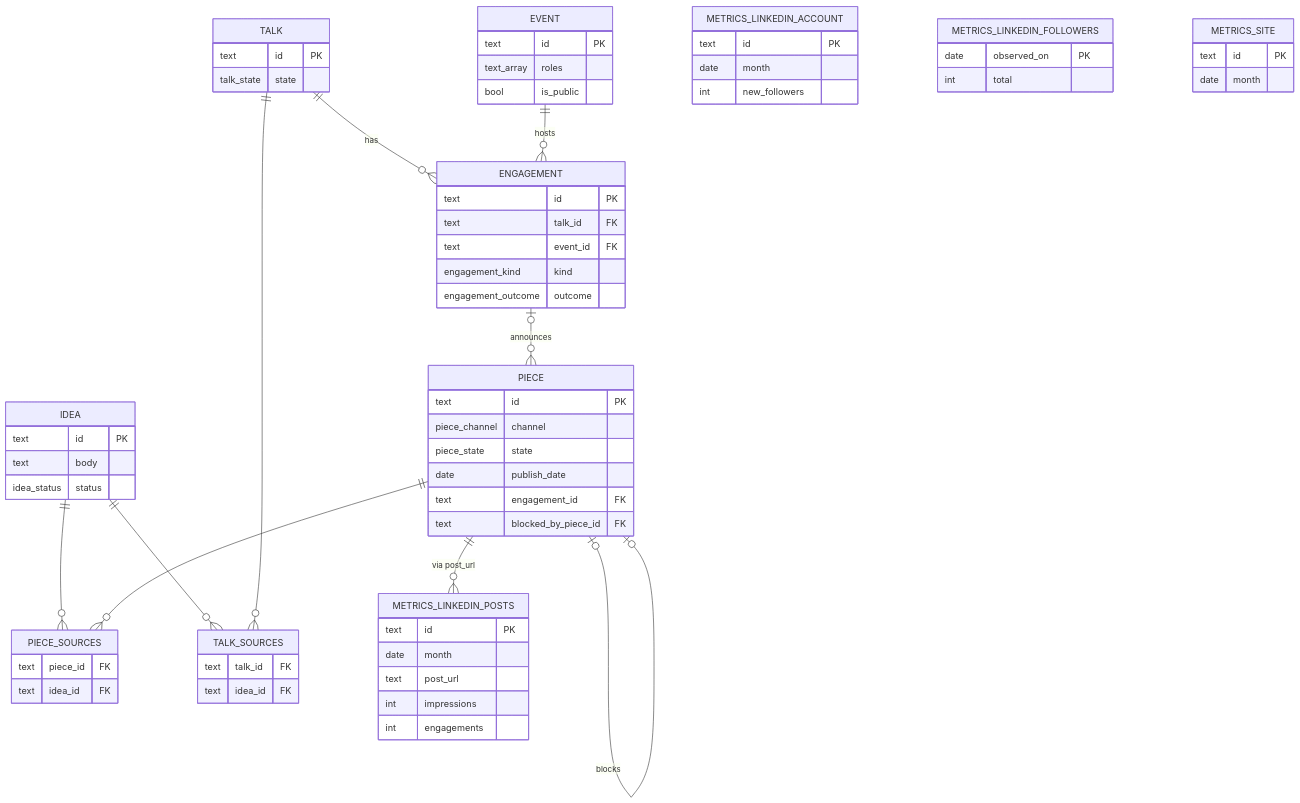
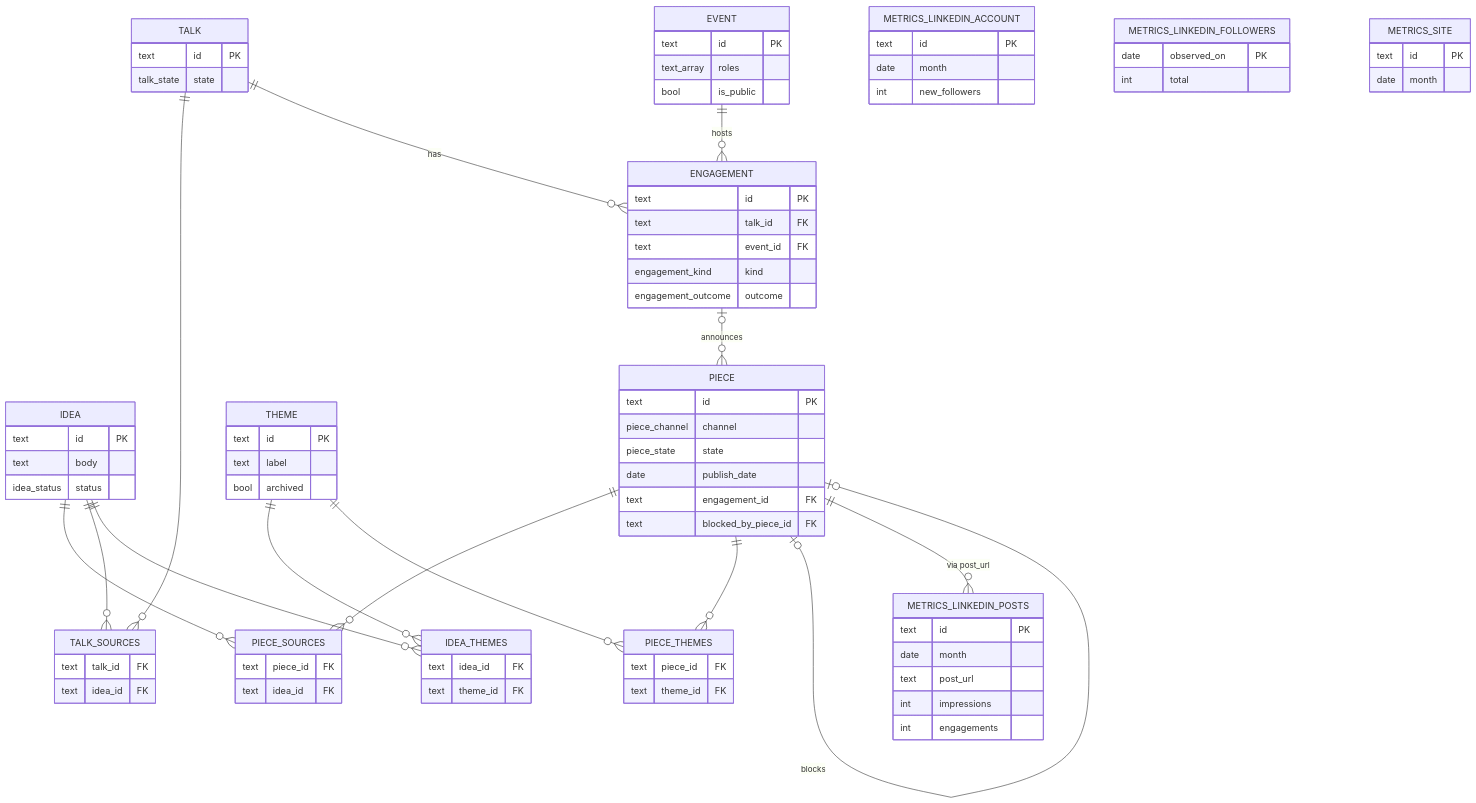
Before and after one commit to davideimola/content-os: the diagram in docs/design/supabase-foundations.md, drawn with Mermaid. The commit also changed other lines of this file and 3 other files, not shown here.

```diff
--- a/docs/design/supabase-foundations.md
+++ b/docs/design/supabase-foundations.md
@@ -48,6 +48,19 @@
     text talk_id FK
     text idea_id FK
   }
+  THEME {
+    text id PK
+    text label
+    bool archived
+  }
+  IDEA_THEMES {
+    text idea_id FK
+    text theme_id FK
+  }
+  PIECE_THEMES {
+    text piece_id FK
+    text theme_id FK
+  }
   METRICS_LINKEDIN_POSTS {
     text id PK
     date month
@@ -73,6 +86,10 @@
   PIECE ||--o{ PIECE_SOURCES : ""
   IDEA  ||--o{ TALK_SOURCES  : ""
   TALK  ||--o{ TALK_SOURCES  : ""
+  IDEA  ||--o{ IDEA_THEMES   : ""
+  THEME ||--o{ IDEA_THEMES   : ""
+  PIECE ||--o{ PIECE_THEMES  : ""
+  THEME ||--o{ PIECE_THEMES  : ""
   TALK  ||--o{ ENGAGEMENT : has
   EVENT ||--o{ ENGAGEMENT : hosts
   ENGAGEMENT |o--o{ PIECE : announces
```
